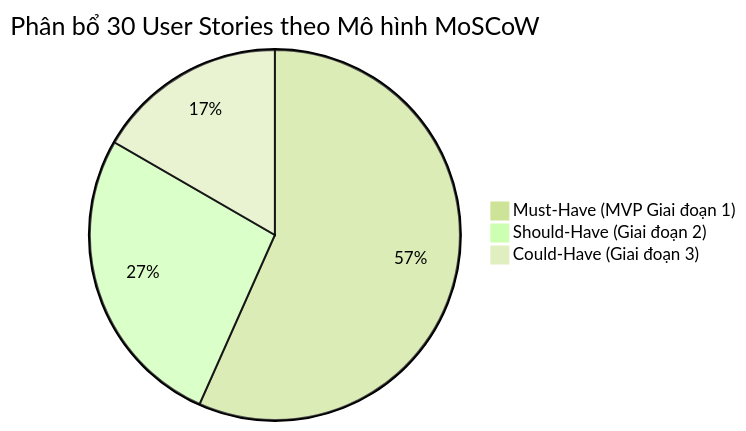
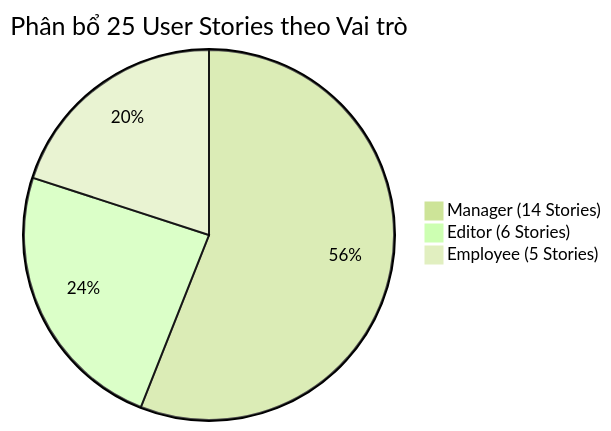
Before and after one commit to cuonglpv/VFast: the diagram in docs/03-user-stories.md, drawn with Mermaid (forest theme). The commit also changed other lines of this file and 3 other files, not shown here.

Commit message:
docs: align requirements, MVP, use cases, and user stories with chatgpt analysis (3-role ELMS architecture, 2-week plan)

````diff
--- a/docs/03-user-stories.md
+++ b/docs/03-user-stories.md
@@ -23,6 +23,6 @@
 ```mermaid
-pie title Phân bổ 30 User Stories theo Mô hình MoSCoW
-    "Must-Have (MVP Giai đoạn 1)" : 17
-    "Should-Have (Giai đoạn 2)" : 8
-    "Could-Have (Giai đoạn 3)" : 5
+pie title Phân bổ 25 User Stories theo Vai trò
+    "Manager (14 Stories)" : 14
+    "Editor (6 Stories)" : 6
+    "Employee (5 Stories)" : 5
 ```
````
